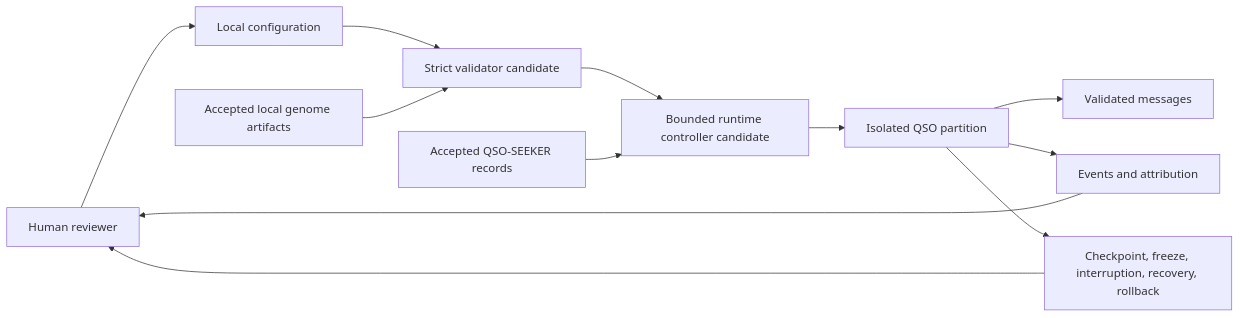
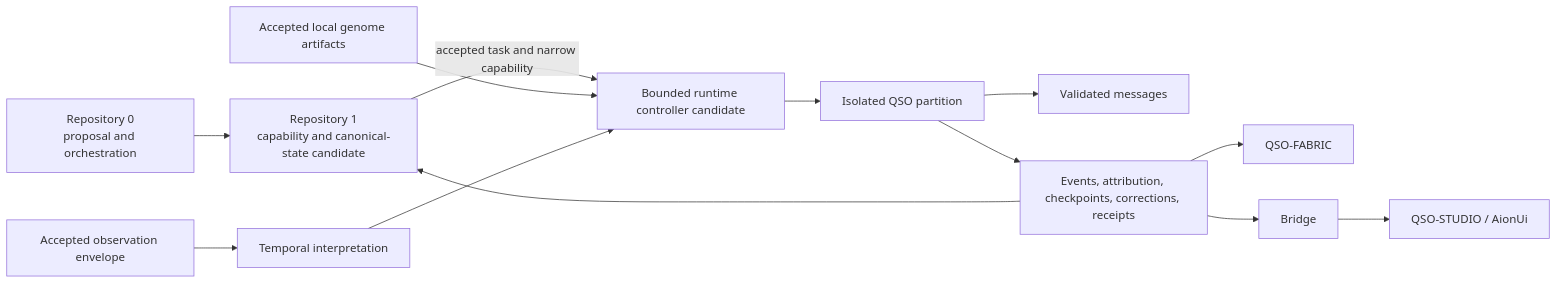
One commit to aevespers2/QuantumStateObjects changed the diagram in README.md. Above: the diagram before and after it, drawn with Mermaid. The commit also changed other lines of this file, not shown here.

Commit message:
docs: align repository overview with gluing model

````diff
--- a/README.md
+++ b/README.md
@@ -63,14 +78,15 @@
 ```mermaid
 flowchart LR
-    Reviewer[Human reviewer] --> Config[Local configuration]
-    Config --> Validator[Strict validator candidate]
-    Genomes[Accepted local genome artifacts] --> Validator
-    Validator --> Runtime[Bounded runtime controller candidate]
-    Records[Accepted QSO-SEEKER records] --> Runtime
+    Zero[Repository 0\nproposal and orchestration] --> One[Repository 1\ncapability and canonical-state candidate]
+    One -->|accepted task and narrow capability| Runtime[Bounded runtime controller candidate]
+    Genomes[Accepted local genome artifacts] --> Runtime
+    Seeker[Accepted observation envelope] --> Temporal[Temporal interpretation]
+    Temporal --> Runtime
     Runtime --> Partition[Isolated QSO partition]
     Partition --> Messages[Validated messages]
-    Partition --> Evidence[Events and attribution]
-    Partition --> Recovery[Checkpoint, freeze, interruption, recovery, rollback]
-    Evidence --> Reviewer
-    Recovery --> Reviewer
+    Partition --> Evidence[Events, attribution, checkpoints, corrections, receipts]
+    Evidence --> Fabric[QSO-FABRIC]
+    Evidence --> Bridge[Bridge]
+    Bridge --> Review[QSO-STUDIO / AionUi]
+    Evidence --> One
 ```
````
